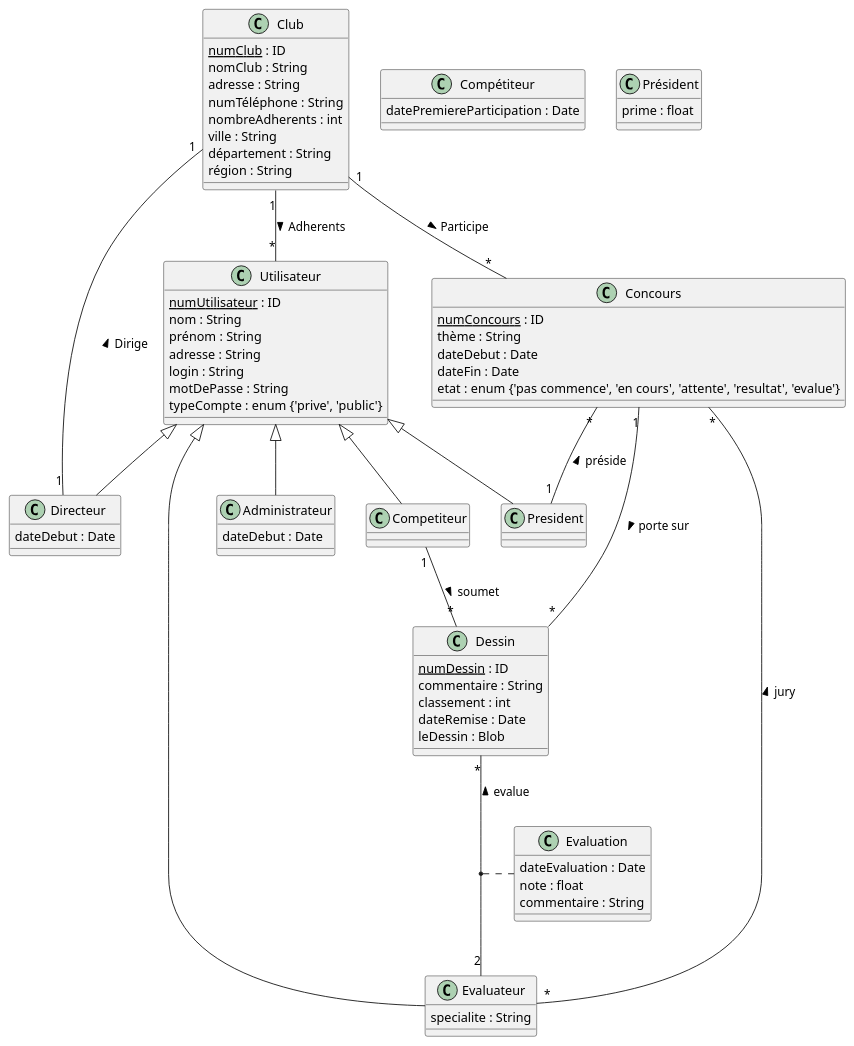
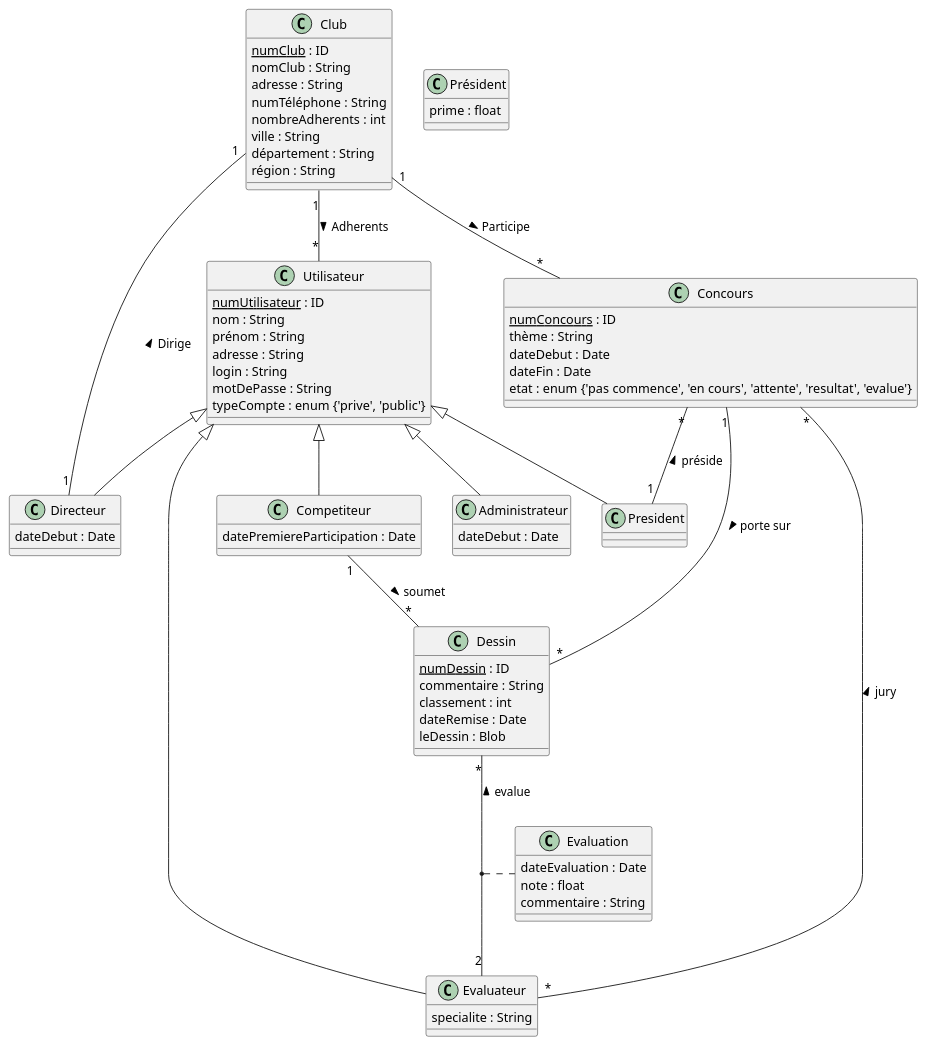
One commit to matthieuEv/Draw-Arena changed the diagram in docs/schema.puml. Above: the diagram before and after it, drawn with PlantUML. The commit also changed 2 other files, not shown here.

```diff
--- a/docs/schema.puml
+++ b/docs/schema.puml
@@ -1,90 +1,90 @@
 @startuml
 skinparam classAttributeIconSize 0
 
 ' Classes principales
 class Club {
     <u>numClub</u> : ID
     nomClub : String
     adresse : String
     numTéléphone : String
     nombreAdherents : int
     ville : String
     département : String
     région : String
 }
 
 class Utilisateur {
     <u>numUtilisateur</u> : ID
     nom : String
     prénom : String
     adresse : String
     login : String
     motDePasse : String
     typeCompte : enum {'prive', 'public'}
 }
 
 class Concours {
     <u>numConcours</u> : ID
     thème : String
     dateDebut : Date
     dateFin : Date
     etat : enum {'pas commence', 'en cours', 'attente', 'resultat', 'evalue'}
 }
 
 class Dessin {
     <u>numDessin</u> : ID
     commentaire : String
     classement : int
     dateRemise : Date
     leDessin : Blob
 }
 
 class Evaluation {
     dateEvaluation : Date
     note : float
     commentaire : String
 }
 
 ' Sous-classes d'Utilisateur
-class Compétiteur {
+class Competiteur {
     datePremiereParticipation : Date
 }
 
 class Evaluateur {
     specialite : String
 }
 
 class Président {
     prime : float
 }
 
 class Administrateur {
     dateDebut : Date
 }
 
 class Directeur {
     dateDebut : Date
 }
 
 ' Héritages
 Utilisateur <|-- Competiteur
 Utilisateur <|-- Evaluateur
 Utilisateur <|-- President
 Utilisateur <|-- Administrateur
 Utilisateur <|-- Directeur
 
 ' Associations
 Club "1" -- "*" Utilisateur : Adherents >
 Club "1" -- "*" Concours : Participe >
 Club "1" - "1" Directeur : Dirige <
 
 Concours "1" -- "*" Dessin : porte sur >
 Concours "*" -- "1" President : préside <
 Concours "*" --- "*" Evaluateur : jury <
 
 Competiteur "1" -- "*" Dessin : soumet >
 
 Dessin "*" -- "2" Evaluateur : evalue <
 (Dessin, Evaluateur) .. Evaluation
 
 @enduml
```
